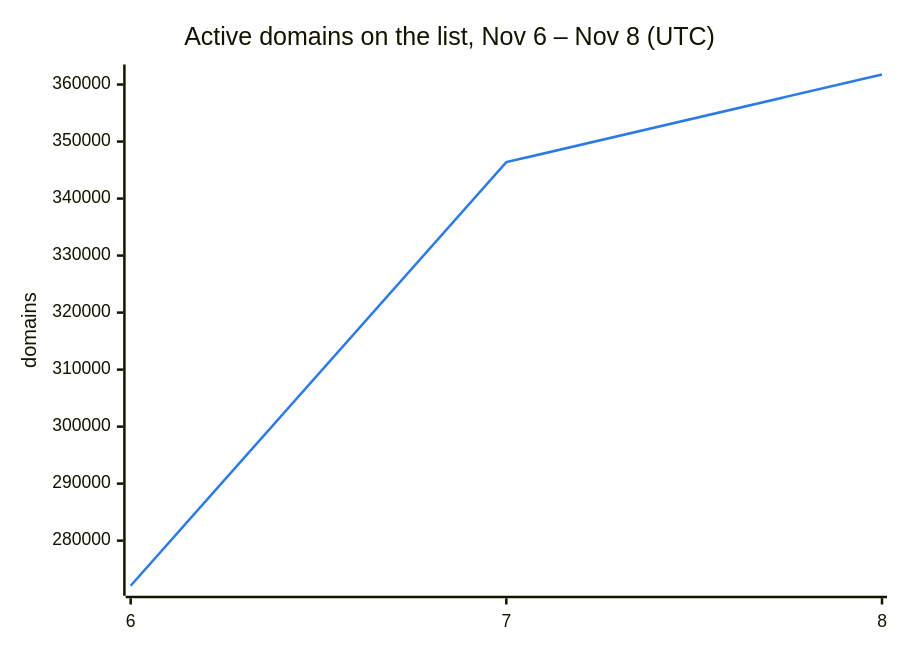
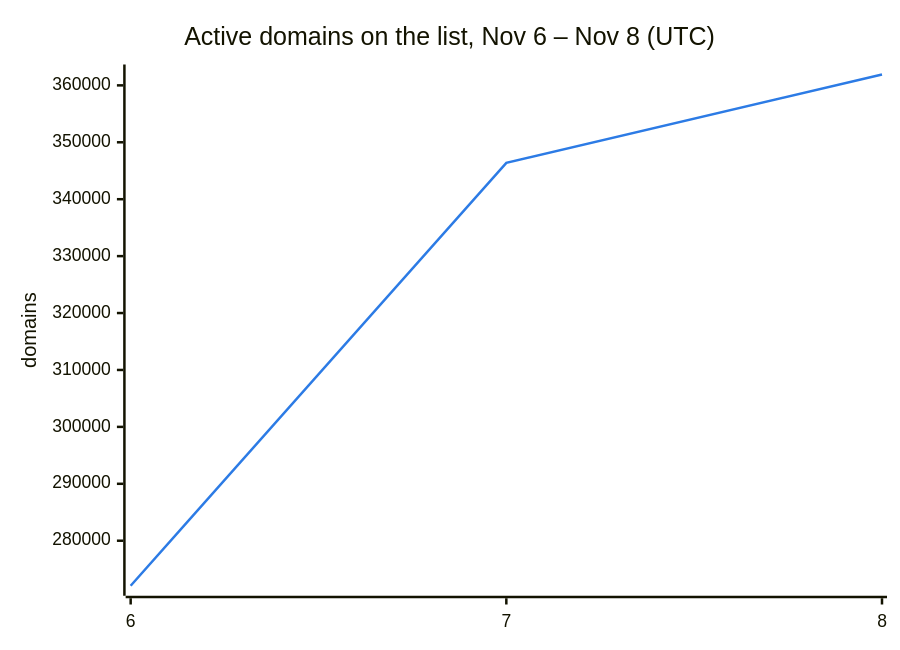
Before and after one commit to DNSBunker/CTI: the second of 3 diagrams in README.md, drawn with Mermaid. The commit also changed other lines of this file and 3 other files, not shown here.

````diff
--- a/README.md
+++ b/README.md
@@ -38,8 +38,8 @@
 ```mermaid
 %%{init: {"themeVariables": {"xyChart": {"plotColorPalette": "#2c7be5"}}}}%%
 xychart-beta
     title "Active domains on the list, Nov 6 – Nov 8 (UTC)"
     x-axis ["6", "7", "8"]
     y-axis "domains"
-    line [272088, 346388, 361763]
+    line [272088, 346388, 361909]
 ```
````
